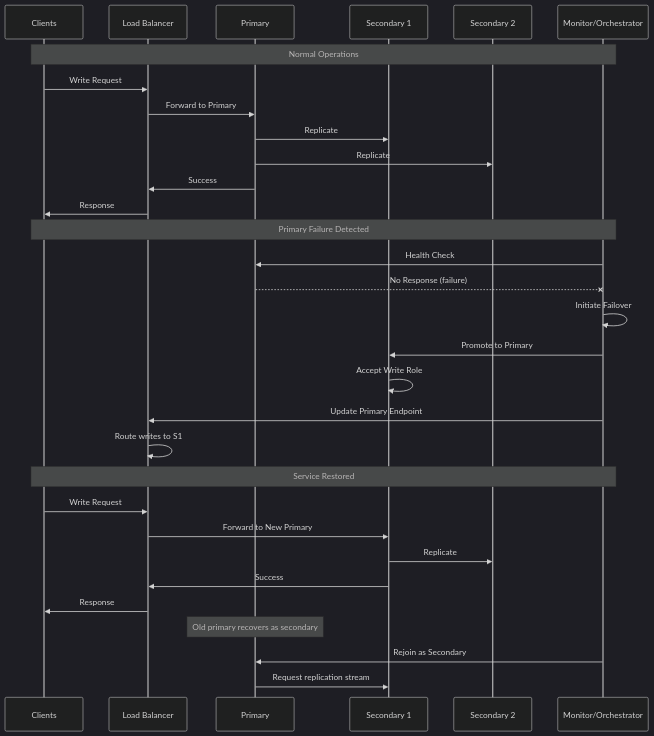
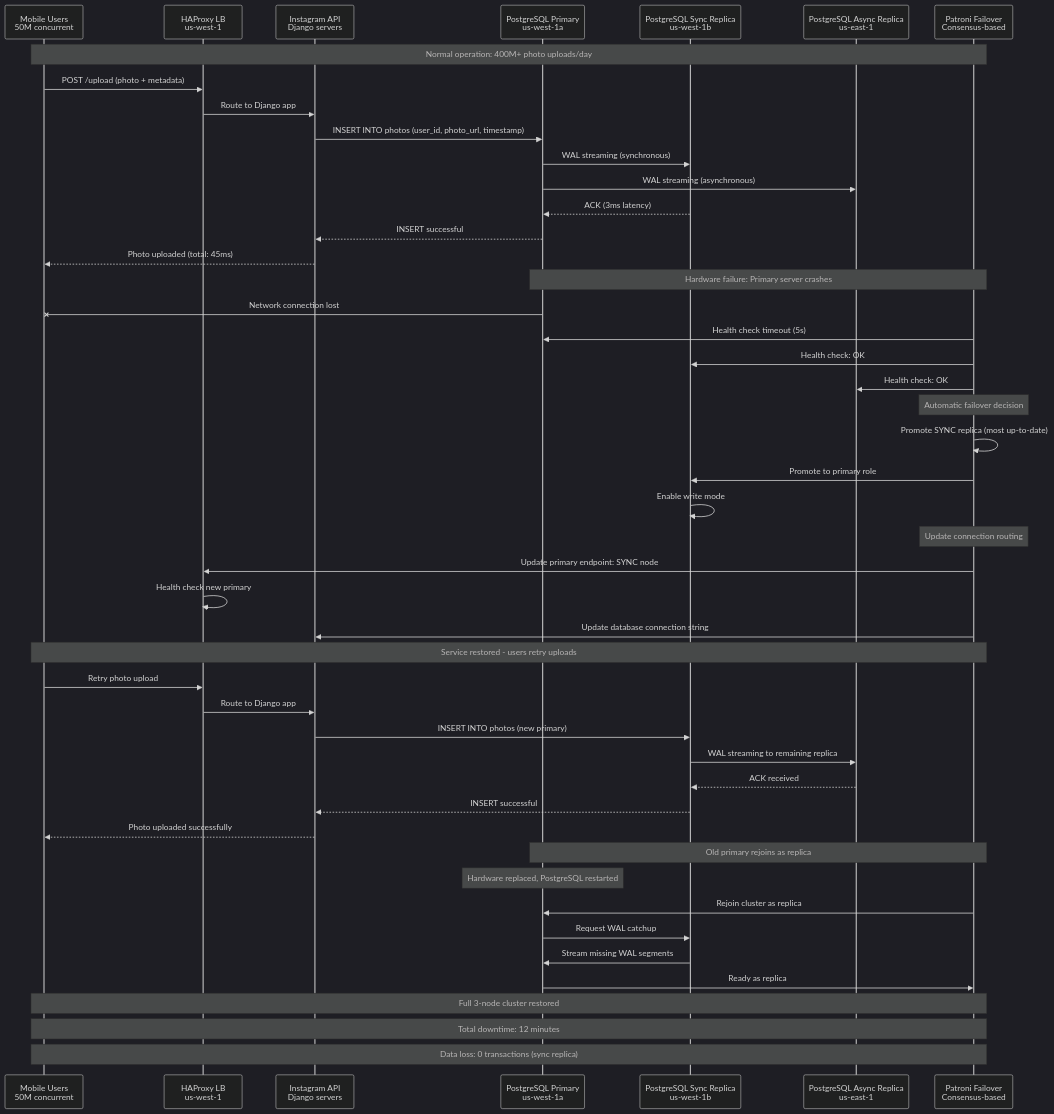
Before and after one commit to deepaucksharma/DS: the second of 8 diagrams in site/docs/mechanisms/replication/replication-topologies.md, drawn with Mermaid (dark theme). The commit also changed other lines of this file and 42 other files, not shown here.

````diff
--- a/site/docs/mechanisms/replication/replication-topologies.md
+++ b/site/docs/mechanisms/replication/replication-topologies.md
@@ -55,42 +85,59 @@
 ```mermaid
 sequenceDiagram
-    participant C as Clients
-    participant LB as Load Balancer
-    participant P as Primary
-    participant S1 as Secondary 1
-    participant S2 as Secondary 2
-    participant MON as Monitor/Orchestrator
+    participant USERS as Mobile Users<br/>50M concurrent
+    participant LB as HAProxy LB<br/>us-west-1
+    participant API as Instagram API<br/>Django servers
+    participant PRIMARY as PostgreSQL Primary<br/>us-west-1a
+    participant SYNC as PostgreSQL Sync Replica<br/>us-west-1b
+    participant ASYNC as PostgreSQL Async Replica<br/>us-east-1
+    participant PATRONI as Patroni Failover<br/>Consensus-based
 
-    Note over C,MON: Normal Operations
+    Note over USERS,PATRONI: Normal operation: 400M+ photo uploads/day
 
-    C->>LB: Write Request
-    LB->>P: Forward to Primary
-    P->>S1: Replicate
-    P->>S2: Replicate
-    P->>LB: Success
-    LB->>C: Response
+    USERS->>LB: POST /upload (photo + metadata)
+    LB->>API: Route to Django app
+    API->>PRIMARY: INSERT INTO photos (user_id, photo_url, timestamp)
+    PRIMARY->>SYNC: WAL streaming (synchronous)
+    PRIMARY->>ASYNC: WAL streaming (asynchronous)
+    SYNC-->>PRIMARY: ACK (3ms latency)
+    PRIMARY-->>API: INSERT successful
+    API-->>USERS: Photo uploaded (total: 45ms)
 
-    Note over C,MON: Primary Failure Detected
+    Note over PRIMARY,PATRONI: Hardware failure: Primary server crashes
 
-    MON->>P: Health Check
-    P--X MON: No Response (failure)
+    PRIMARY-xUSERS: Network connection lost
+    PATRONI->>PRIMARY: Health check timeout (5s)
+    PATRONI->>SYNC: Health check: OK
+    PATRONI->>ASYNC: Health check: OK
 
-    MON->>MON: Initiate Failover
-    MON->>S1: Promote to Primary
-    S1->>S1: Accept Write Role
+    Note over PATRONI: Automatic failover decision
+    PATRONI->>PATRONI: Promote SYNC replica (most up-to-date)
+    PATRONI->>SYNC: Promote to primary role
+    SYNC->>SYNC: Enable write mode
 
-    MON->>LB: Update Primary Endpoint
-    LB->>LB: Route writes to S1
+    Note over PATRONI: Update connection routing
+    PATRONI->>LB: Update primary endpoint: SYNC node
+    LB->>LB: Health check new primary
+    PATRONI->>API: Update database connection string
 
-    Note over C,MON: Service Restored
+    Note over USERS,PATRONI: Service restored - users retry uploads
 
-    C->>LB: Write Request
-    LB->>S1: Forward to New Primary
-    S1->>S2: Replicate
-    S1->>LB: Success
-    LB->>C: Response
+    USERS->>LB: Retry photo upload
+    LB->>API: Route to Django app
+    API->>SYNC: INSERT INTO photos (new primary)
+    SYNC->>ASYNC: WAL streaming to remaining replica
+    ASYNC-->>SYNC: ACK received
+    SYNC-->>API: INSERT successful
+    API-->>USERS: Photo uploaded successfully
 
-    Note over P: Old primary recovers as secondary
-    MON->>P: Rejoin as Secondary
-    P->>S1: Request replication stream
+    Note over PRIMARY,PATRONI: Old primary rejoins as replica
+    Note over PRIMARY: Hardware replaced, PostgreSQL restarted
+    PATRONI->>PRIMARY: Rejoin cluster as replica
+    PRIMARY->>SYNC: Request WAL catchup
+    SYNC->>PRIMARY: Stream missing WAL segments
+    PRIMARY->>PATRONI: Ready as replica
+
+    Note over USERS,PATRONI: Full 3-node cluster restored
+    Note over USERS,PATRONI: Total downtime: 12 minutes
+    Note over USERS,PATRONI: Data loss: 0 transactions (sync replica)
 ```
````
